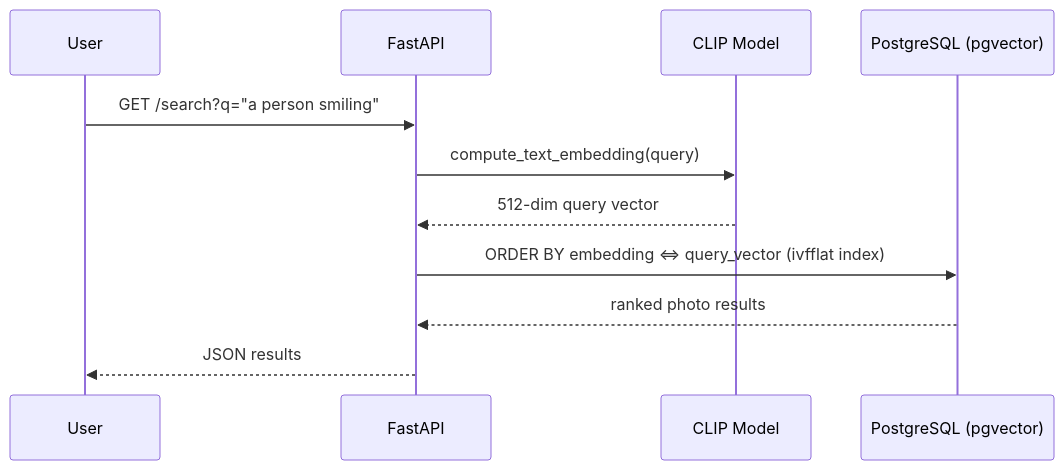
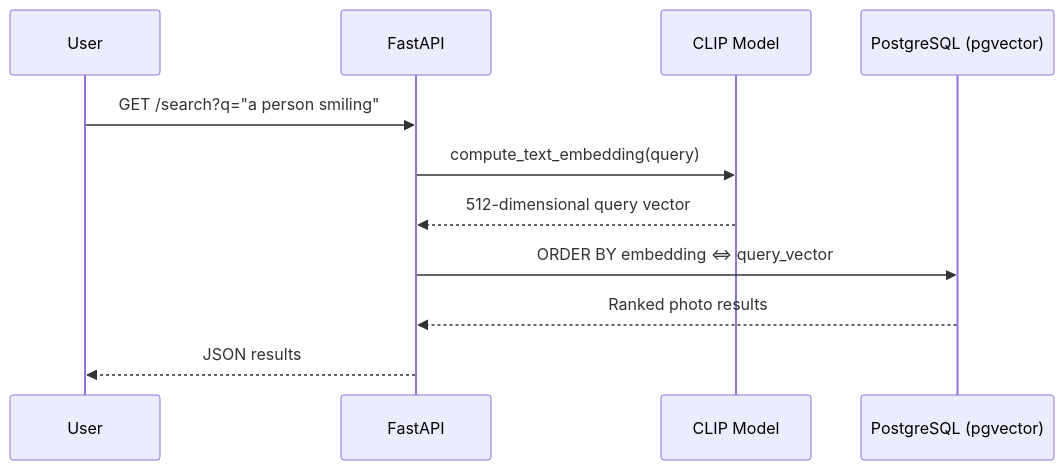
The third of 4 diagrams in architecture.md (bj3795109-ui/ai-photo-management-platform), drawn with Mermaid before and after one commit. The commit also changed other lines of this file, not shown here.

Commit message:
"added some late changes into architecture"

````diff
--- a/architecture.md
+++ b/architecture.md
@@ -101,14 +170,17 @@
 ```mermaid
 sequenceDiagram
     participant U as User
     participant API as FastAPI
     participant E as CLIP Model
     participant DB as PostgreSQL (pgvector)
 
     U->>API: GET /search?q="a person smiling"
+
     API->>E: compute_text_embedding(query)
-    E-->>API: 512-dim query vector
-    API->>DB: ORDER BY embedding <=> query_vector (ivfflat index)
-    DB-->>API: ranked photo results
+    E-->>API: 512-dimensional query vector
+
+    API->>DB: ORDER BY embedding <=> query_vector
+    DB-->>API: Ranked photo results
+
     API-->>U: JSON results
 ```
````
